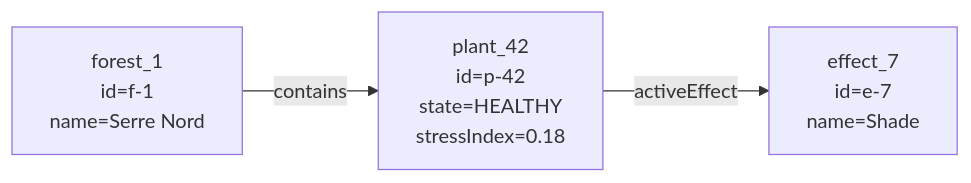
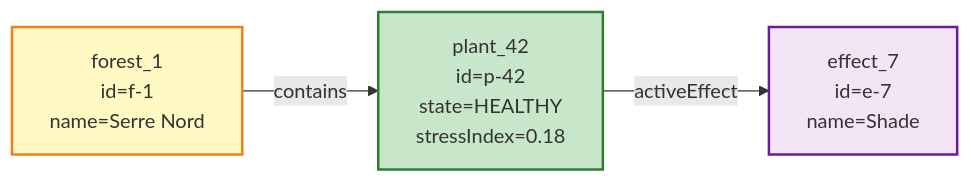
One commit to fasai444/GreenDesk changed the sixth of 10 diagrams in docs/index.md. Above: the diagram before and after it, drawn with Mermaid. The commit also changed other lines of this file and 6 other files, not shown here.

````diff
--- a/docs/index.md
+++ b/docs/index.md
@@ -384,9 +438,13 @@
 ```mermaid
 flowchart LR
-	forest1["forest_1<br/>id=f-1<br/>name=Serre Nord"]
-	plant42["plant_42<br/>id=p-42<br/>state=HEALTHY<br/>stressIndex=0.18"]
-	effect7["effect_7<br/>id=e-7<br/>name=Shade"]
+    forest1["forest_1<br/>id=f-1<br/>name=Serre Nord"]
+    plant42["plant_42<br/>id=p-42<br/>state=HEALTHY<br/>stressIndex=0.18"]
+    effect7["effect_7<br/>id=e-7<br/>name=Shade"]
 
-	forest1 -->|contains| plant42
-	plant42 -->|activeEffect| effect7
+    forest1 -->|contains| plant42
+    plant42 -->|activeEffect| effect7
+    
+    style forest1 fill:#fff9c4,stroke:#f57f17,stroke-width:2px
+    style plant42 fill:#c8e6c9,stroke:#2e7d32,stroke-width:2px
+    style effect7 fill:#f3e5f5,stroke:#6a1b9a,stroke-width:2px
 ```
````
